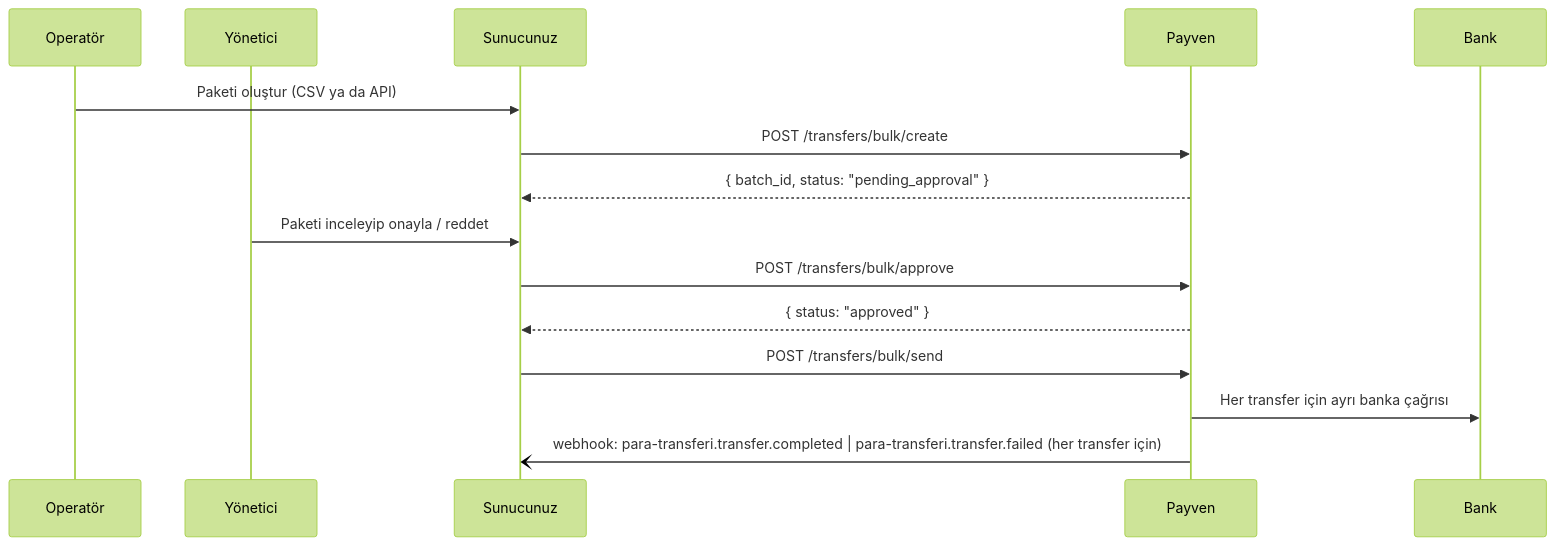
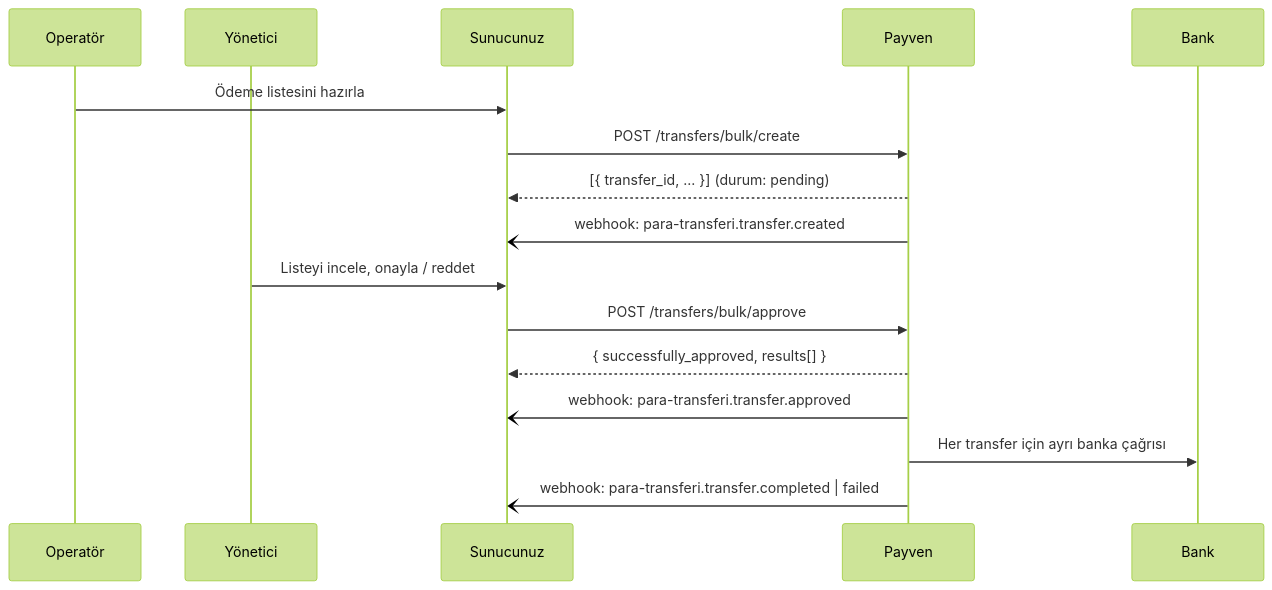
One commit to payment-pos/mintlify changed the diagram in recipes/four-eyes-transfer.mdx. Above: the diagram before and after it, drawn with Mermaid (forest theme). The commit also changed other lines of this file and 135 other files, not shown here.

Commit message:
docs: dokumantasyon kodla hizalandi - yeni urun bolumleri (fatura odeme, e-fatura, isyeri API, MCP, eklentiler), Sanal POS/Para Transferi/Identity/Fraud yeniden yazim, test modu ve entegratör ifadeleri

````diff
--- a/recipes/four-eyes-transfer.mdx
+++ b/recipes/four-eyes-transfer.mdx
@@ -10,20 +10,21 @@
 ```mermaid
 sequenceDiagram
     participant Op as Operatör
     participant Mgr as Yönetici
     participant App as Sunucunuz
     participant Payven
     participant Bank
 
-    Op->>App: Paketi oluştur (CSV ya da API)
+    Op->>App: Ödeme listesini hazırla
     App->>Payven: POST /transfers/bulk/create
-    Payven-->>App: { batch_id, status: "pending_approval" }
+    Payven-->>App: [{ transfer_id, ... }] (durum: pending)
+    Payven-)App: webhook: para-transferi.transfer.created
 
-    Mgr->>App: Paketi inceleyip onayla / reddet
+    Mgr->>App: Listeyi incele, onayla / reddet
     App->>Payven: POST /transfers/bulk/approve
-    Payven-->>App: { status: "approved" }
+    Payven-->>App: { successfully_approved, results[] }
+    Payven-)App: webhook: para-transferi.transfer.approved
 
-    App->>Payven: POST /transfers/bulk/send
     Payven->>Bank: Her transfer için ayrı banka çağrısı
-    Payven-)App: webhook: para-transferi.transfer.completed | para-transferi.transfer.failed (her transfer için)
+    Payven-)App: webhook: para-transferi.transfer.completed | failed
 ```
````
